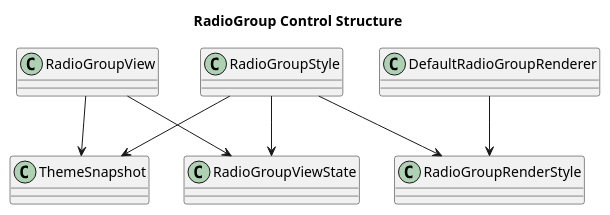
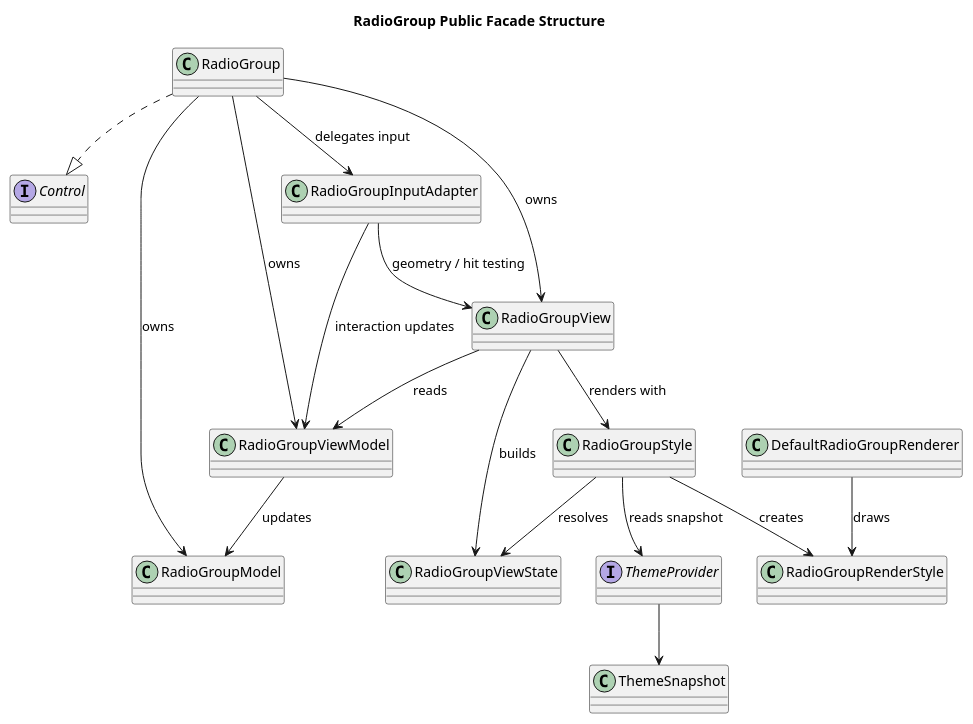
One commit to cdpoloz/cpz-mvvm-processing-controls changed the diagram in docs/uml/control_radiogroup.puml. Above: the diagram before and after it, drawn with PlantUML. The commit also changed 251 other files, not shown here.

```diff
--- a/docs/uml/control_radiogroup.puml
+++ b/docs/uml/control_radiogroup.puml
@@ -1,19 +1,35 @@
 @startuml
-title RadioGroup Control Structure
+title RadioGroup Public Facade Structure
 skinparam packageStyle rectangle
 skinparam shadowing false
 
+interface Control
+class RadioGroup
+class RadioGroupModel
+class RadioGroupViewModel
 class RadioGroupView
+class RadioGroupInputAdapter
 class RadioGroupViewState
 class RadioGroupStyle
 class RadioGroupRenderStyle
 class DefaultRadioGroupRenderer
+interface ThemeProvider
 class ThemeSnapshot
 
-RadioGroupView --> RadioGroupViewState
-RadioGroupView --> ThemeSnapshot
-RadioGroupStyle --> RadioGroupViewState
-RadioGroupStyle --> ThemeSnapshot
-RadioGroupStyle --> RadioGroupRenderStyle
-DefaultRadioGroupRenderer --> RadioGroupRenderStyle
+RadioGroup ..|> Control
+RadioGroup --> RadioGroupModel : owns
+RadioGroup --> RadioGroupViewModel : owns
+RadioGroup --> RadioGroupView : owns
+RadioGroup --> RadioGroupInputAdapter : delegates input
+RadioGroupInputAdapter --> RadioGroupView : geometry / hit testing
+RadioGroupInputAdapter --> RadioGroupViewModel : interaction updates
+RadioGroupViewModel --> RadioGroupModel : updates
+RadioGroupView --> RadioGroupViewModel : reads
+RadioGroupView --> RadioGroupViewState : builds
+RadioGroupView --> RadioGroupStyle : renders with
+RadioGroupStyle --> ThemeProvider : reads snapshot
+ThemeProvider --> ThemeSnapshot
+RadioGroupStyle --> RadioGroupViewState : resolves
+RadioGroupStyle --> RadioGroupRenderStyle : creates
+DefaultRadioGroupRenderer --> RadioGroupRenderStyle : draws
 @enduml
```
